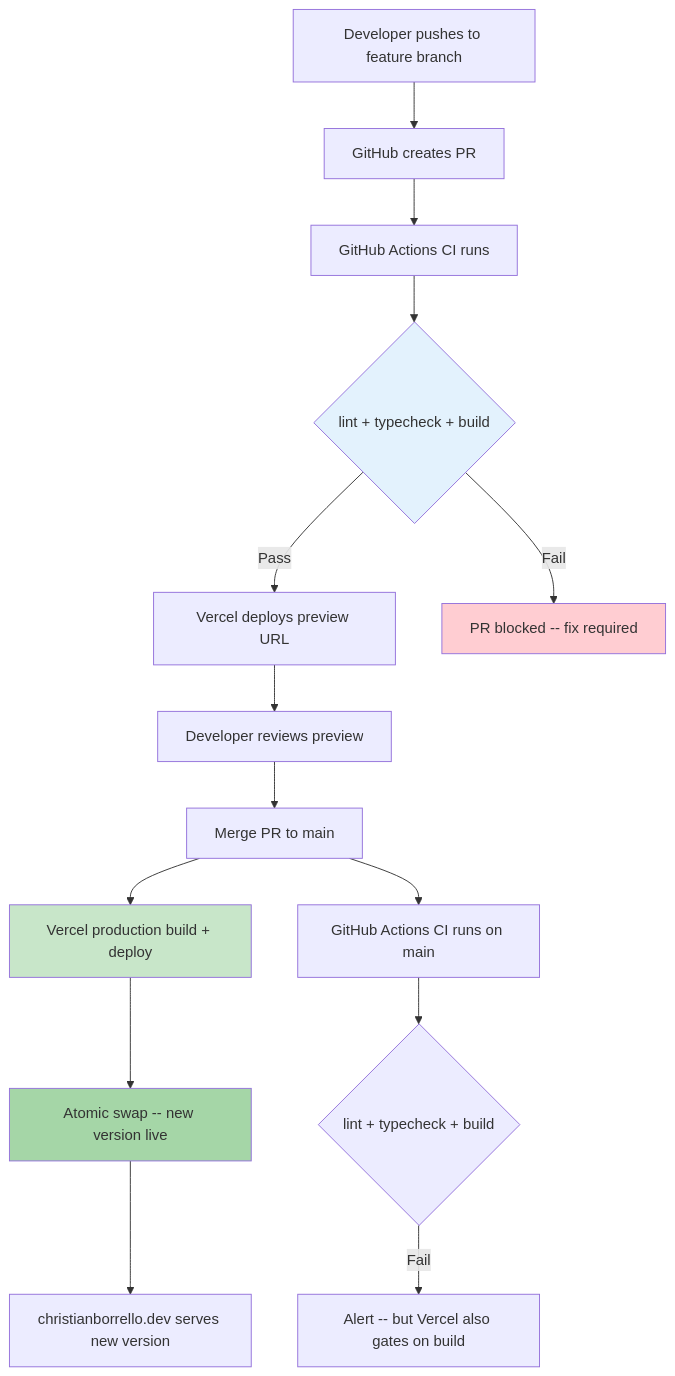
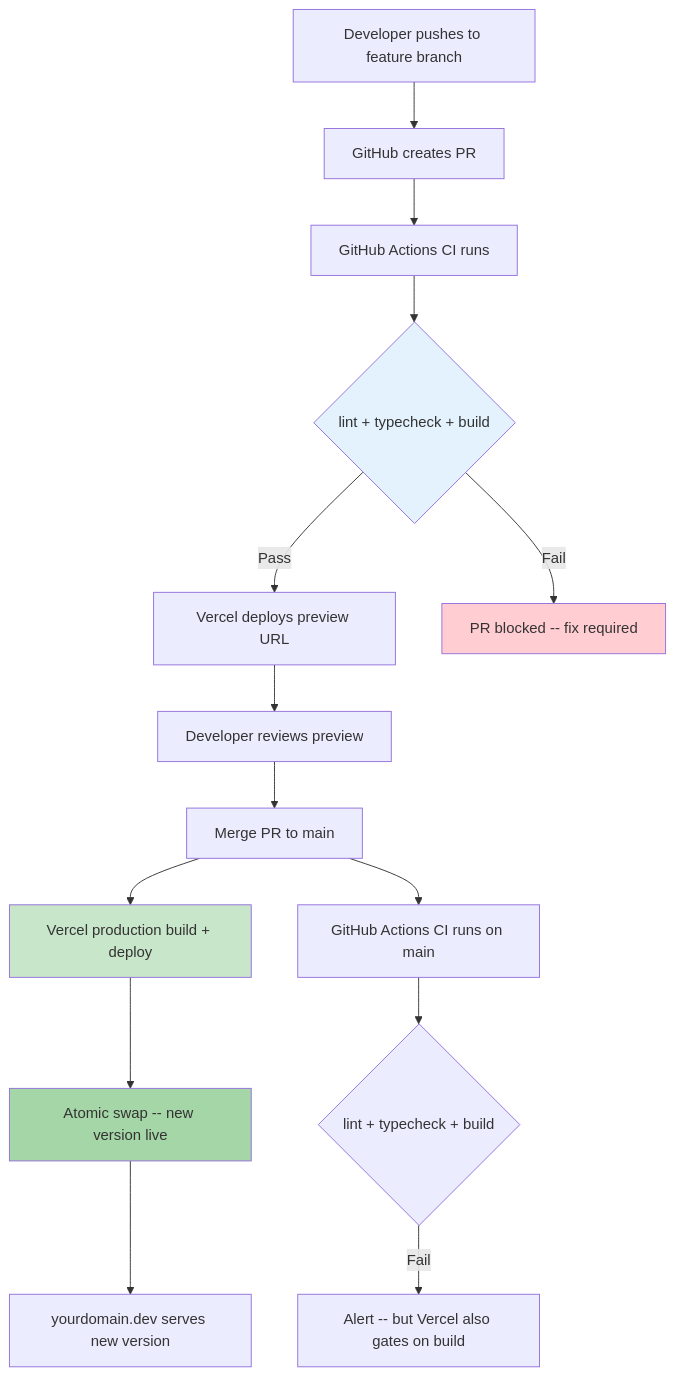
The diagram in docs/devops/platform-architecture.md (christianBorrello/WebPortfolio), drawn with Mermaid before and after one commit. The commit also changed other lines of this file and 116 other files, not shown here.

````diff
--- a/docs/devops/platform-architecture.md
+++ b/docs/devops/platform-architecture.md
@@ -30,22 +30,22 @@
 ```mermaid
 flowchart TD
     A[Developer pushes to feature branch] --> B[GitHub creates PR]
     B --> C[GitHub Actions CI runs]
     C --> D{lint + typecheck + build}
     D -->|Pass| E[Vercel deploys preview URL]
     D -->|Fail| F[PR blocked -- fix required]
     E --> G[Developer reviews preview]
     G --> H[Merge PR to main]
     H --> I[Vercel production build + deploy]
     I --> J[Atomic swap -- new version live]
-    J --> K[christianborrello.dev serves new version]
+    J --> K[yourdomain.dev serves new version]
 
     H --> L[GitHub Actions CI runs on main]
     L --> M{lint + typecheck + build}
     M -->|Fail| N[Alert -- but Vercel also gates on build]
 
     style D fill:#e3f2fd
     style I fill:#c8e6c9
     style F fill:#ffcdd2
     style J fill:#a5d6a7
 ```
````
